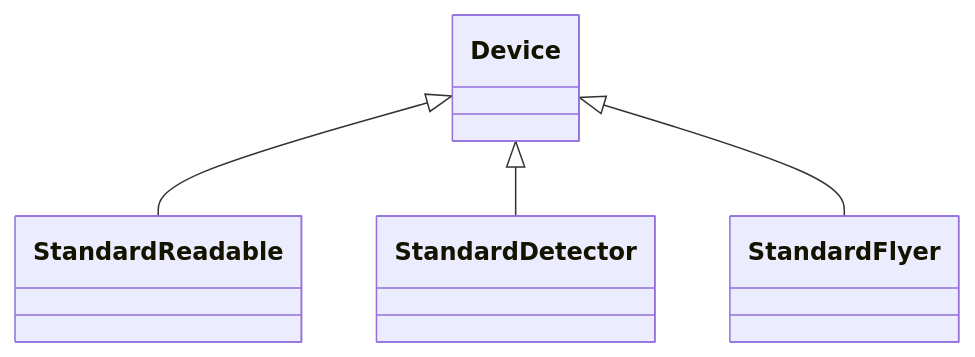
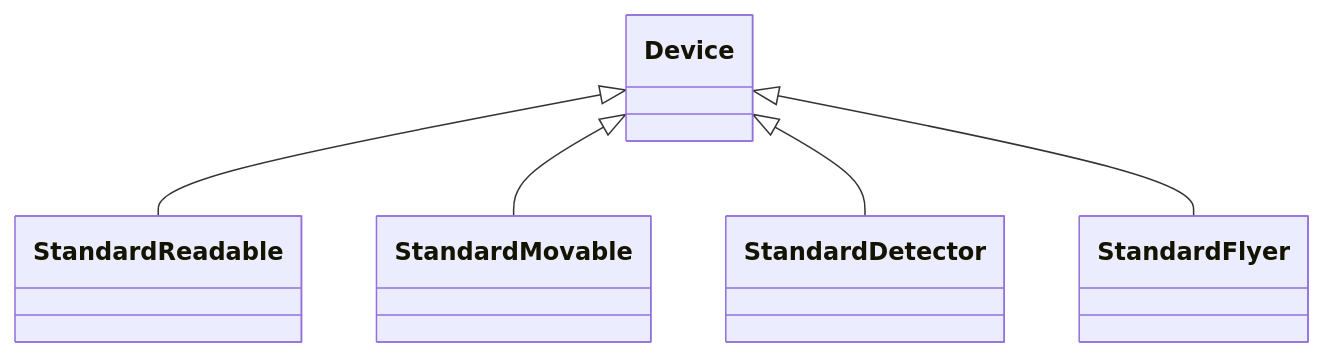
Before and after one commit to bluesky/ophyd-async: the third of 3 diagrams in docs/explanations/devices-signals-backends.md, drawn with Mermaid. The commit also changed other lines of this file and 6 other files, not shown here.

````diff
--- a/docs/explanations/devices-signals-backends.md
+++ b/docs/explanations/devices-signals-backends.md
@@ -93,8 +93,9 @@
 ```{mermaid}
 :config: { "theme": "neutral" }
 :align: center
 classDiagram
 Device <|-- StandardReadable
+Device <|-- StandardMovable
 Device <|-- StandardDetector
 Device <|-- StandardFlyer
 ```
````
